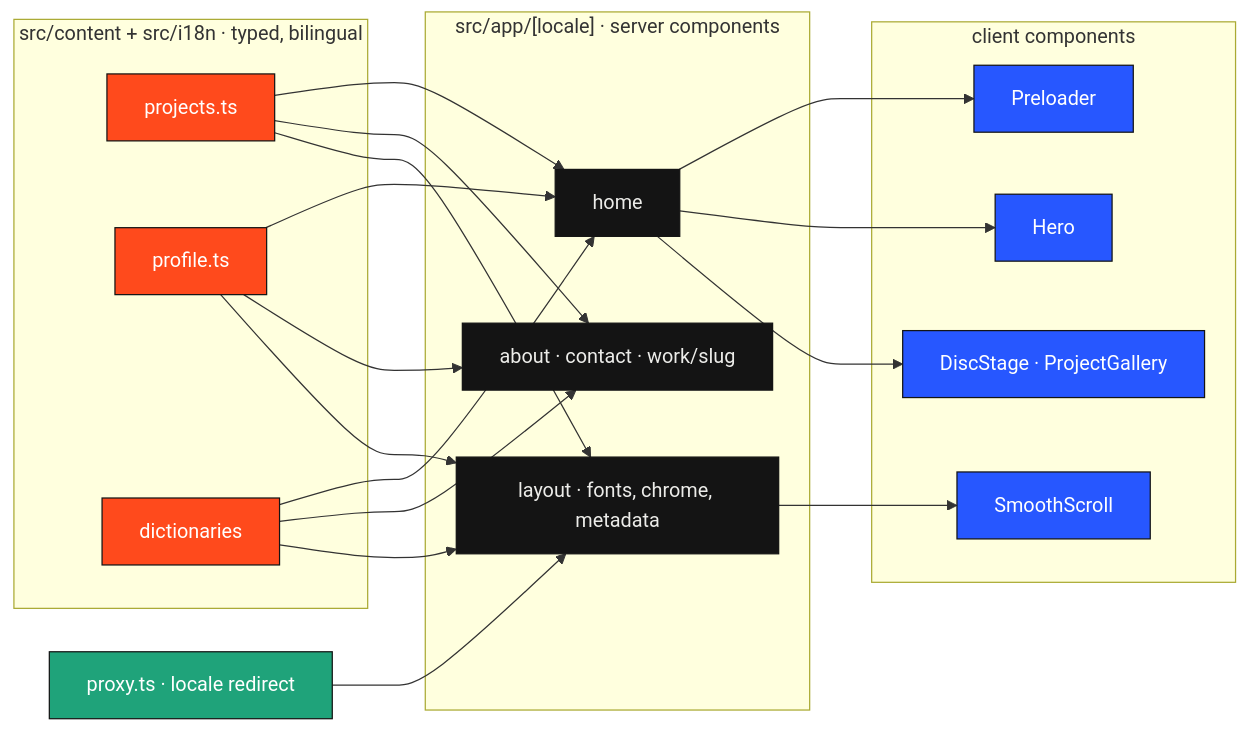
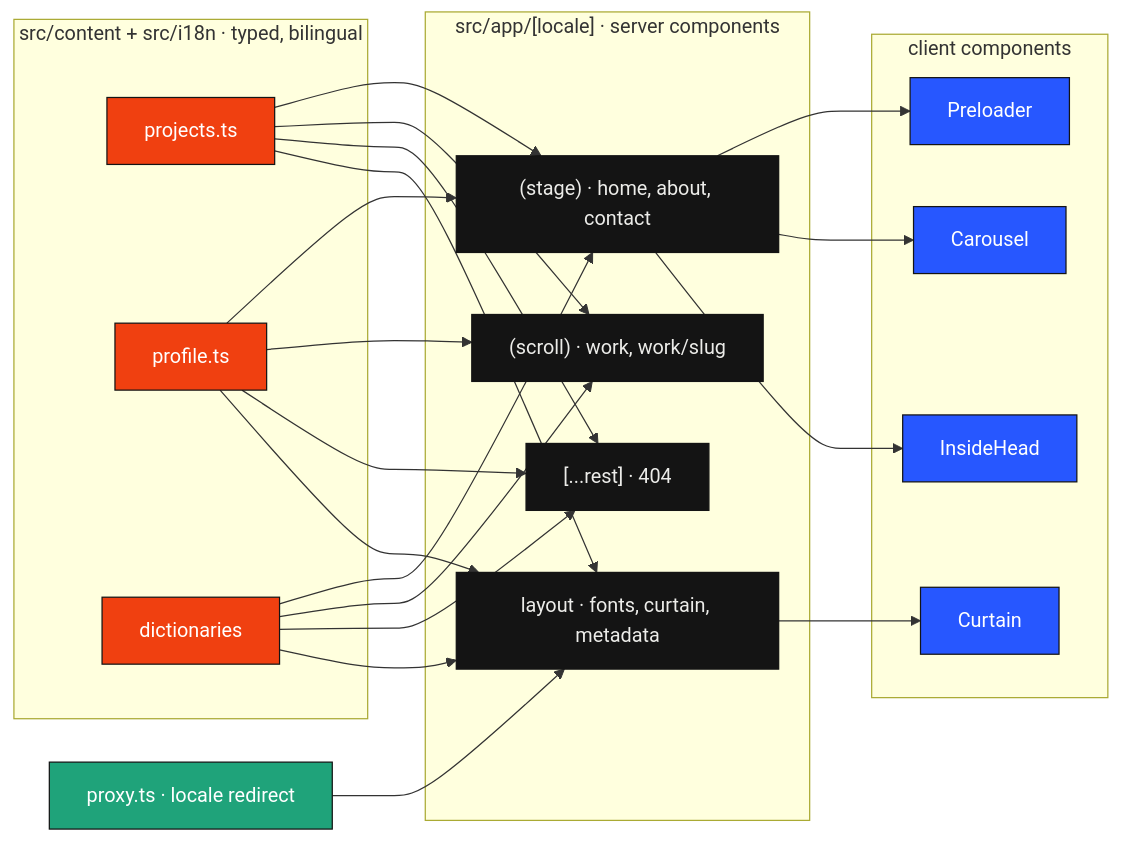
Before and after one commit to LittlePitza/portfolio: the diagram in README.md, drawn with Mermaid. The commit also changed other lines of this file and 1 other file, not shown here.

First line of the commit message:
Describe the v2 structure in the README and the architecture notes

````diff
--- a/README.md
+++ b/README.md
@@ -83,29 +83,30 @@
 ```mermaid
 flowchart LR
-  classDef content fill:#FF4A1C,stroke:#141414,color:#fff
+  classDef content fill:#F04010,stroke:#141414,color:#fff
   classDef server fill:#141414,stroke:#141414,color:#ECECE9
   classDef client fill:#2757FF,stroke:#141414,color:#fff
   classDef edge fill:#1FA37A,stroke:#141414,color:#fff
 
   X[proxy.ts · locale redirect]:::edge
   subgraph Content["src/content + src/i18n · typed, bilingual"]
     P[projects.ts]:::content
     F[profile.ts]:::content
     D[dictionaries]:::content
   end
   subgraph App["src/app/[locale] · server components"]
-    L[layout · fonts, chrome, metadata]:::server
-    H[home]:::server
-    A[about · contact · work/slug]:::server
+    L[layout · fonts, curtain, metadata]:::server
+    ST["(stage) · home, about, contact"]:::server
+    SC["(scroll) · work, work/slug"]:::server
+    NF["[...rest] · 404"]:::server
   end
   subgraph Motion["client components"]
     PL[Preloader]:::client
-    HE[Hero]:::client
-    WC[DiscStage · ProjectGallery]:::client
-    SS[SmoothScroll]:::client
+    CU[Curtain]:::client
+    CA[Carousel]:::client
+    IH[InsideHead]:::client
   end
   X --> L
-  P & F & D --> H & A & L
-  H --> PL & HE & WC
-  L --> SS
+  P & F & D --> ST & SC & NF & L
+  L --> CU
+  ST --> PL & CA & IH
 ```
````
